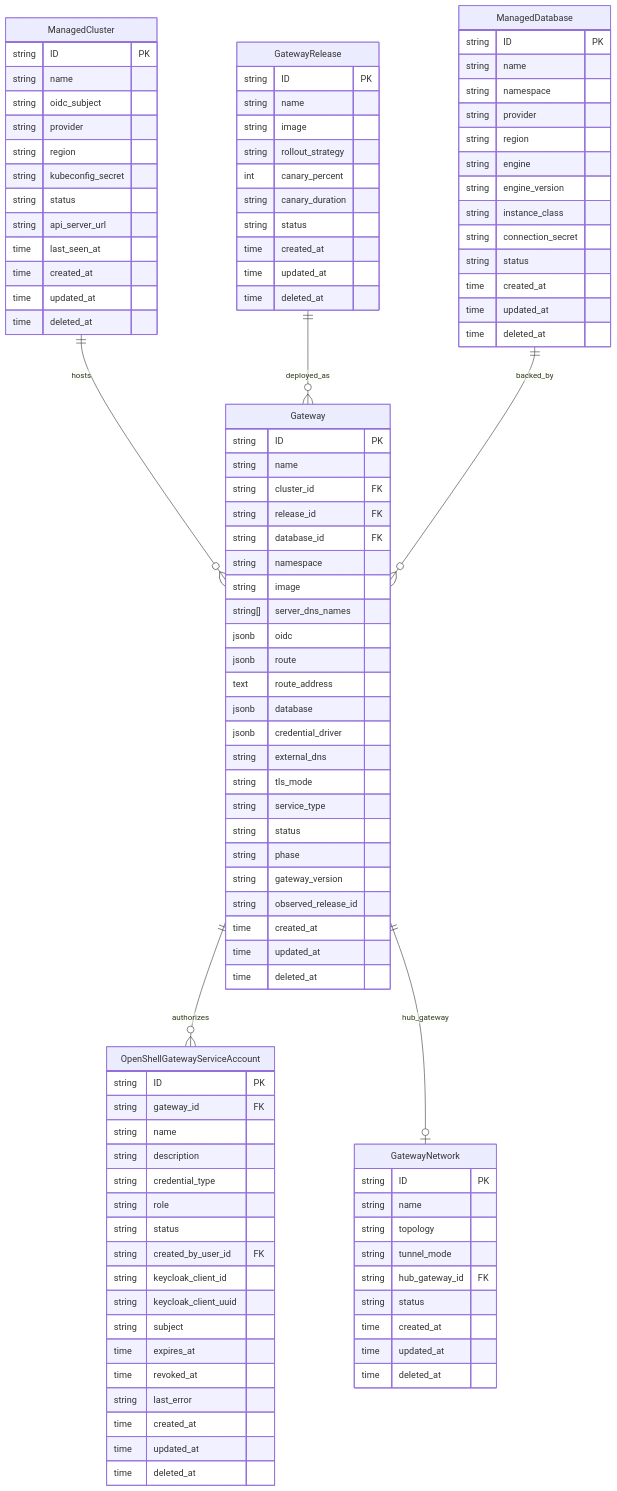
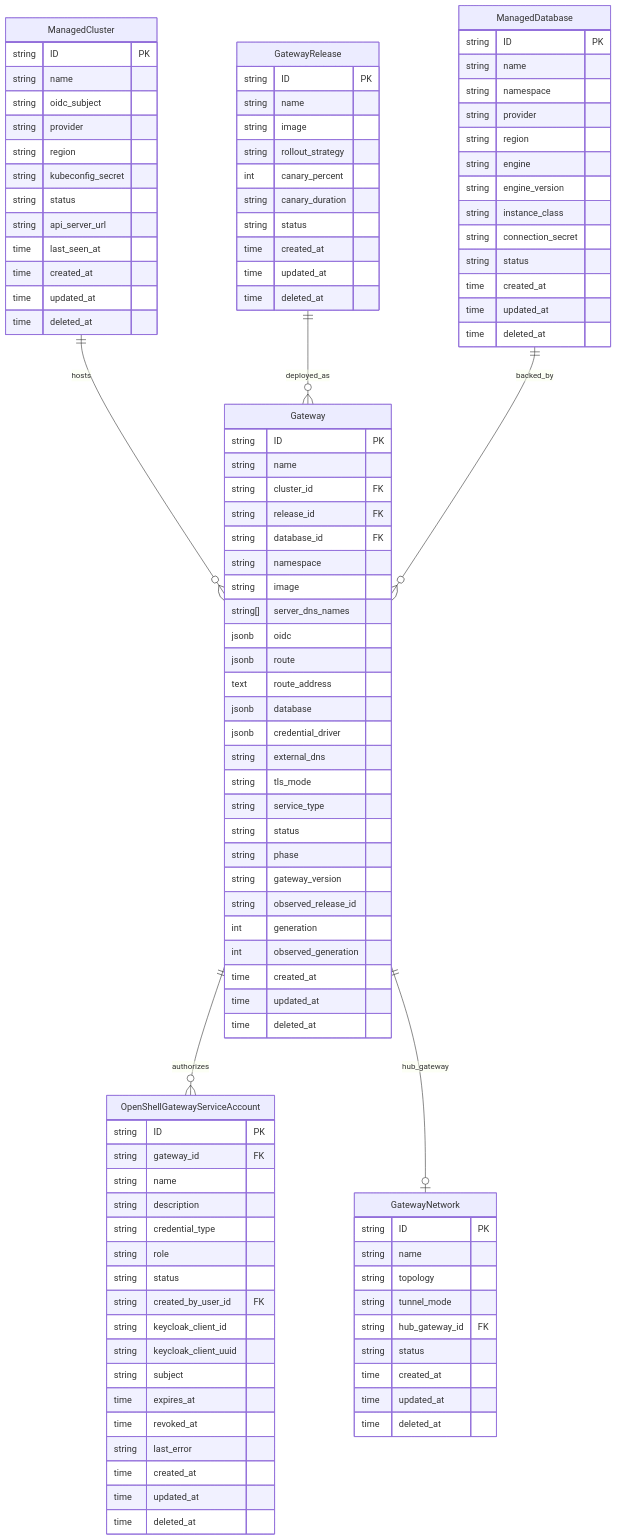
The diagram in specs/platform/data-model.spec.md (jonmosco/hypershell), drawn with Mermaid before and after one commit. The commit also changed other lines of this file and 2 other files, not shown here.

```diff
--- a/specs/platform/data-model.spec.md
+++ b/specs/platform/data-model.spec.md
@@ -88,6 +88,8 @@
         string phase
         string gateway_version
         string observed_release_id
+        int generation
+        int observed_generation
         time created_at
         time updated_at
         time deleted_at
```
